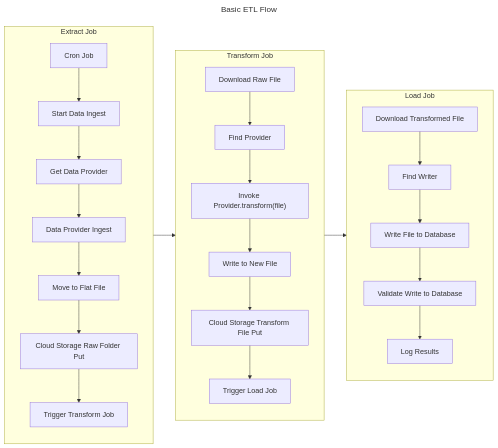
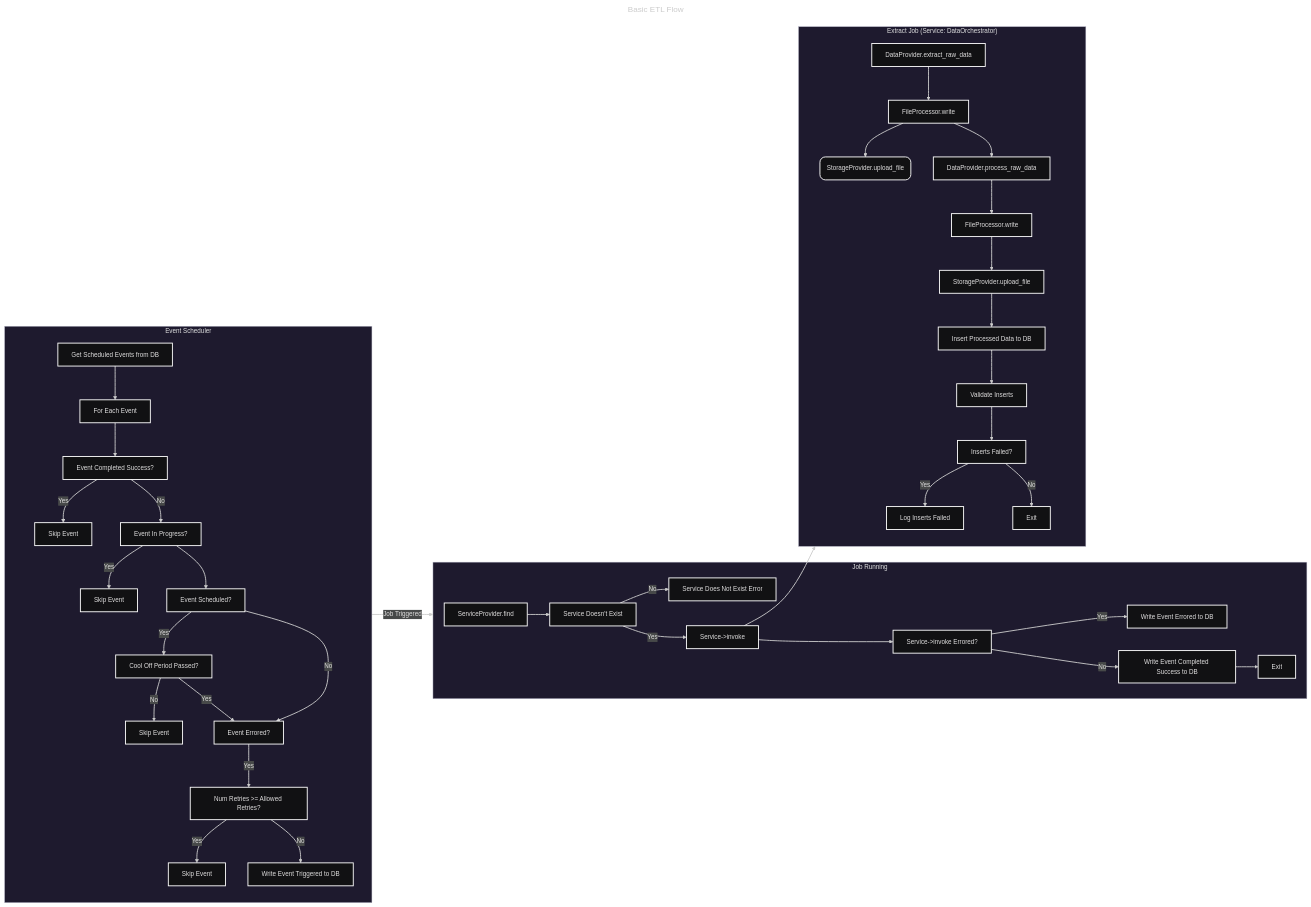
Before and after one commit to SwolenOstrich430/basketball-stats: the diagram in docs/database/raw-data/uml/etl-flow.mmd, drawn with Mermaid. The commit also changed 4 other files, not shown here.

```diff
--- a/docs/database/raw-data/uml/etl-flow.mmd
+++ b/docs/database/raw-data/uml/etl-flow.mmd
@@ -1,31 +1,44 @@
 ---
+config:
+  theme: redux-dark
 title: Basic ETL Flow
 ---
 flowchart LR
-    subgraph s1["Extract Job"]
-        cron["Cron Job"] --> sdc["Start Data Ingest"]
-        sdc --> gdp["Get Data Provider"]
-        gdp --> sdp["Data Provider Ingest"]
-        sdp --> dps["Move to Flat File"]
-        dps --> ptcs["Cloud Storage Raw Folder Put"]
-        ptcs --> stj["Trigger Transform Job"]
+    subgraph s0["Event Scheduler"]
+        get_events["Get Scheduled Events from DB"] --> for_each_event["For Each Event"]
+        for_each_event --> event_compl["Event Completed Success?"]
+        event_compl --"Yes"--> skip_event["Skip Event"]
+        event_compl --"No"--> event_in_progress["Event In Progress?"]
+        event_in_progress --"Yes"--> skip_event_0["Skip Event"]
+        event_in_progress --> event_scheduled["Event Scheduled?"]
+        event_scheduled --"Yes"--> cool_off_period_passed["Cool Off Period Passed?"]
+        cool_off_period_passed --"No"--> skip_event_1["Skip Event"]
+        cool_off_period_passed --"Yes"--> event_errored["Event Errored?"]
+        event_scheduled --"No"-->event_errored
+        event_errored --"Yes"--> event_errored_x_times["Num Retries >= Allowed Retries?"]
+        event_errored_x_times --"Yes"--> skip_event_2["Skip Event"]
+        event_errored_x_times --"No"--> write_event_triggered["Write Event Triggered to DB"]
+    end 
+    s0--"Job Triggered"-->s1
+    subgraph s1["Job Running"]
+        f_dp["ServiceProvider.find"] --> sp_dne["Service Doesn't Exist"]
+        sp_dne --"No"--> service_does_not_exist_error["Service Does Not Exist Error"]
+        sp_dne --"Yes"--> provider_invoke["Service->invoke"]
+        provider_invoke --> provider_invoke_errored["Service->invoke Errored?"]
+        provider_invoke_errored --"Yes"--> write_event_errored["Write Event Errored to DB"]
+        provider_invoke_errored --"No"--> write_event_completed_success["Write Event Completed Success to DB"]
+        write_event_completed_success --> exit["Exit"]
     end
-
-    s1 --> s2
-
-    subgraph s2["Transform Job"]
-        dn["Download Raw File"] --> fndp["Find Provider"] 
-        fndp --> prvdr["Invoke Provider.transform(file)"]
-        prvdr --> wcnf["Write to New File"]
-        wcnf --> ld["Cloud Storage Transform File Put"]
-        ld --> trglj["Trigger Load Job"]
-    end 
-
-    s2 --> s3
-
-    subgraph s3["Load Job"]
-        dnf["Download Transformed File"] --> fndwr["Find Writer"]
-        fndwr --> wrtfldb["Write File to Database"]
-        wrtfldb --> vldwr["Validate Write to Database"]
-        vldwr --> lgrs["Log Results"]
-    end 
+    provider_invoke --> s2
+    subgraph s2["Extract Job (Service: DataOrchestrator<T, J>)"]
+        dp_extract["DataProvider.extract_raw_data"] --> fp_write["FileProcessor.write"]
+        fp_write --> sp_upload_file("StorageProvider.upload_file")
+        fp_write --> dp_transform["DataProvider.process_raw_data"]
+        dp_transform --> fp_write_tfd["FileProcessor.write"]
+        fp_write_tfd --> sp_upload_file_d["StorageProvider.upload_file"]
+        sp_upload_file_d --> dw_write["Insert Processed Data to DB"]
+        dw_write --> dw_validate_write["Validate Inserts"]
+        dw_validate_write --> inserts_failed["Inserts Failed?"]
+        inserts_failed --"Yes"--> log_inserts_failed["Log Inserts Failed"]
+        inserts_failed --"No"--> exit_1["Exit"]
+    end
```
